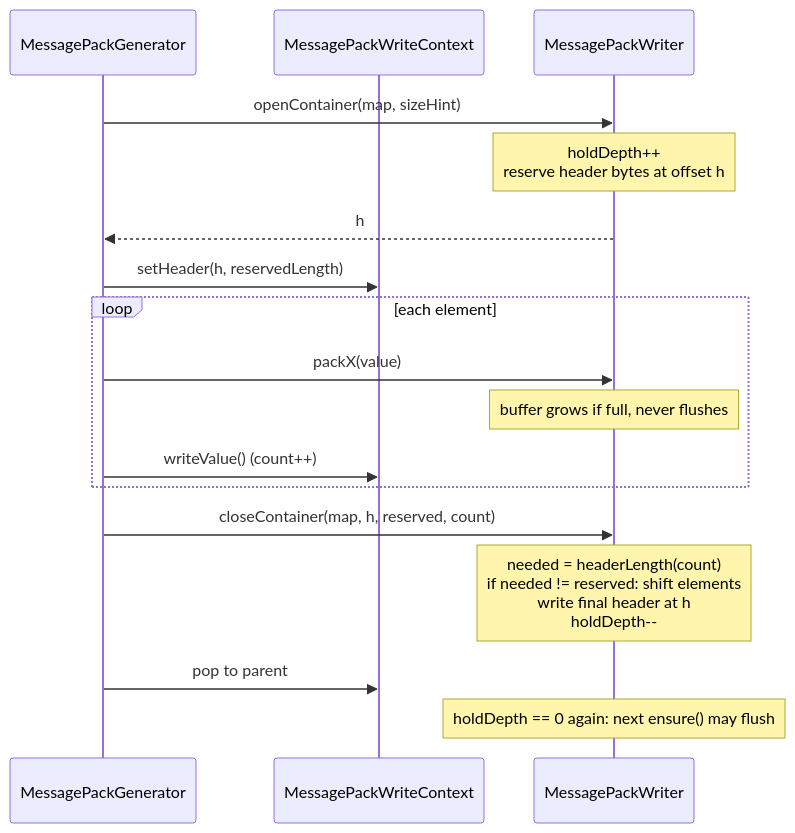
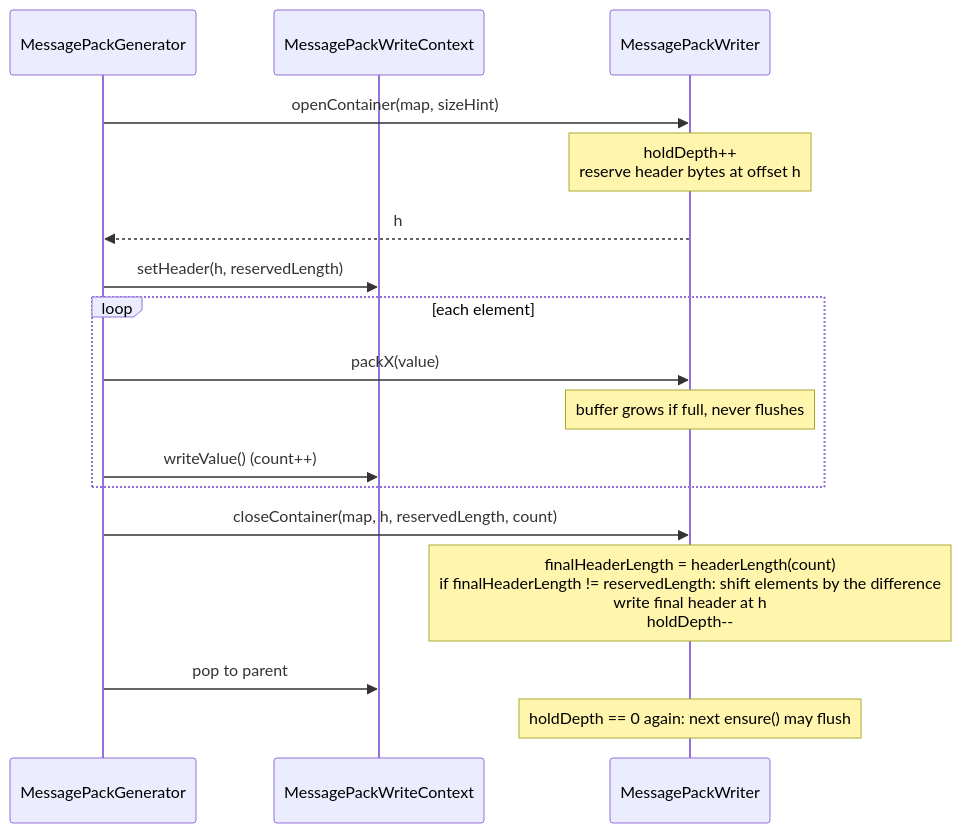
Before and after one commit to komamitsu/jackson-dataformat-msgpack: the second of 5 diagrams in docs/DESIGN.md, drawn with Mermaid.

Commit message:
Name the header lengths in the close sequence diagram

````diff
--- a/docs/DESIGN.md
+++ b/docs/DESIGN.md
@@ -76,19 +76,19 @@
 ```mermaid
 sequenceDiagram
     participant Gen as MessagePackGenerator
     participant Ctx as MessagePackWriteContext
     participant W as MessagePackWriter
     Gen->>W: openContainer(map, sizeHint)
     Note over W: holdDepth++<br/>reserve header bytes at offset h
     W-->>Gen: h
     Gen->>Ctx: setHeader(h, reservedLength)
     loop each element
         Gen->>W: packX(value)
         Note over W: buffer grows if full, never flushes
         Gen->>Ctx: writeValue() (count++)
     end
-    Gen->>W: closeContainer(map, h, reserved, count)
-    Note over W: needed = headerLength(count)<br/>if needed != reserved: shift elements<br/>write final header at h<br/>holdDepth--
+    Gen->>W: closeContainer(map, h, reservedLength, count)
+    Note over W: finalHeaderLength = headerLength(count)<br/>if finalHeaderLength != reservedLength: shift elements by the difference<br/>write final header at h<br/>holdDepth--
     Gen->>Ctx: pop to parent
     Note over W: holdDepth == 0 again: next ensure() may flush
 ```
````
